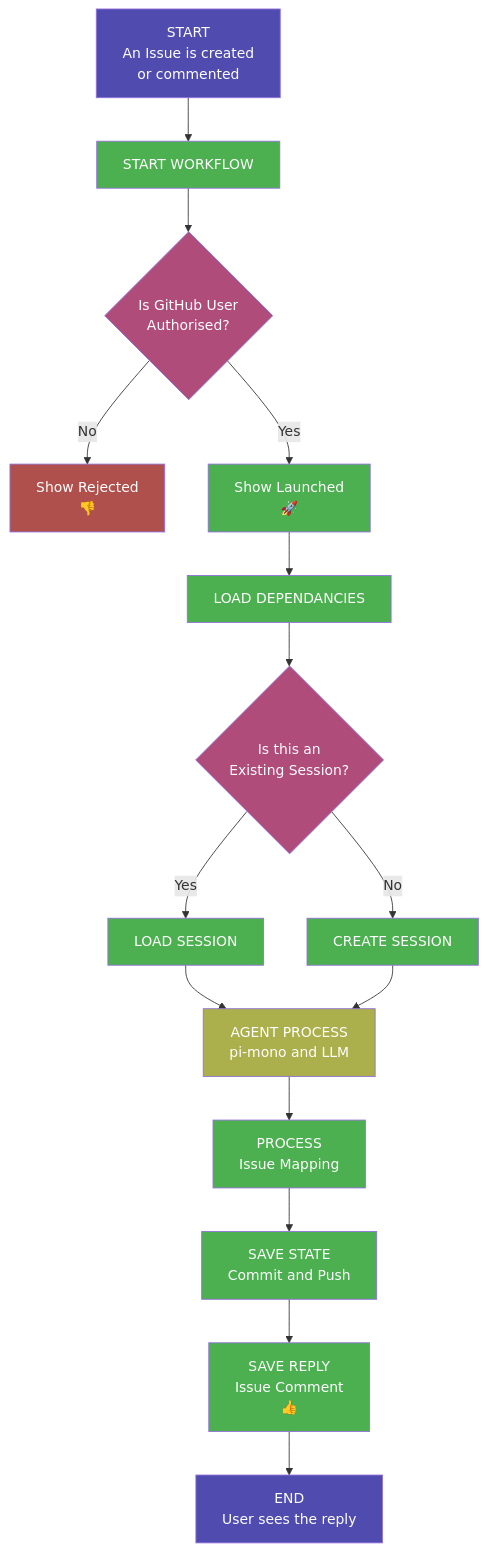
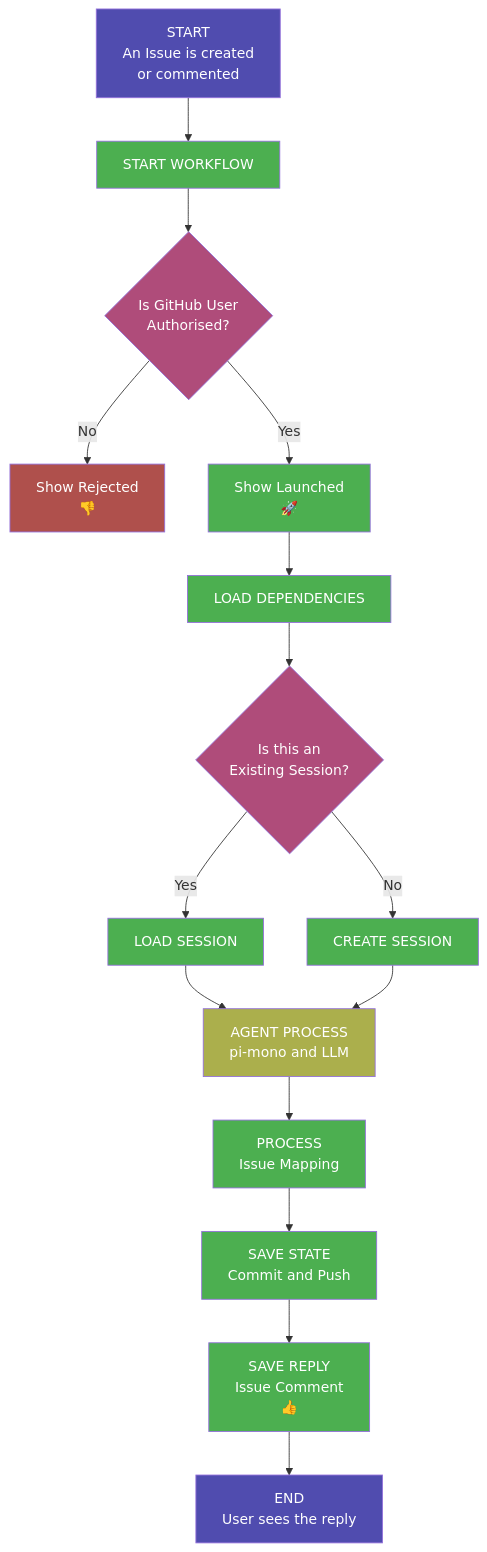
The diagram in README.md (japer-technology/github-minimum-intelligence), drawn with Mermaid before and after one commit. The commit also changed 3 other files, not shown here.

````diff
--- a/README.md
+++ b/README.md
@@ -97,32 +97,32 @@
 ```mermaid
 flowchart TD
     A["START<br/>An Issue is created<br/>or commented"] --> B["START WORKFLOW"]
     B --> C{"Is GitHub User<br/>Authorised?"}
     C -- No --> D["Show Rejected<br/>👎"]
     C -- Yes --> E["Show Launched<br/>🚀"]
-    E --> F["LOAD DEPENDANCIES"]
+    E --> F["LOAD DEPENDENCIES"]
     F --> G{"Is this an<br/>Existing Session?"}
     G -- Yes --> H["LOAD SESSION"]
     G -- No --> I["CREATE SESSION"]
     H --> J["AGENT PROCESS<br/>pi-mono and LLM"]
     I --> J
     J --> K["PROCESS<br/>Issue Mapping"]
     K --> L["SAVE STATE<br/>Commit and Push"]
     L --> M["SAVE REPLY<br/>Issue Comment<br/>👍"]
     M --> N["END<br/>User sees the reply"]
 
     style A fill:#504CAF,color:#fff
     style B fill:#4CAF50,color:#fff
     style C fill:#AF4C7A,color:#fff
     style D fill:#AF504C,color:#fff
     style E fill:#4CAF50,color:#fff
     style F fill:#4CAF50,color:#fff
     style G fill:#AF4C7A,color:#fff
     style H fill:#4CAF50,color:#fff
     style I fill:#4CAF50,color:#fff
     style J fill:#ABAF4C,color:#fff
     style K fill:#4CAF50,color:#fff
     style L fill:#4CAF50,color:#fff
     style M fill:#4CAF50,color:#fff
     style N fill:#504CAF,color:#fff
 ```
````
